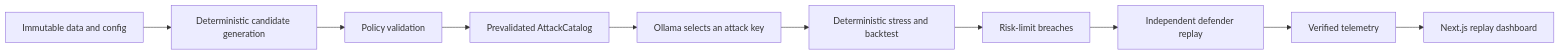
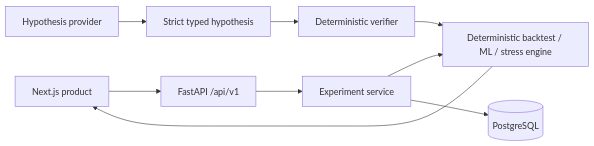
The first of 2 diagrams in README.md (cx07-oss/strategy-redteam-lab), drawn with Mermaid before and after one commit. The commit also changed other lines of this file and 44 other files, not shown here.

````diff
--- a/README.md
+++ b/README.md
@@ -23,12 +26,11 @@
 ```mermaid
 flowchart LR
-  A[Immutable data and config] --> B[Deterministic candidate generation]
-  B --> C[Policy validation]
-  C --> D[Prevalidated AttackCatalog]
-  D --> E[Ollama selects an attack key]
-  E --> F[Deterministic stress and backtest]
-  F --> G[Risk-limit breaches]
-  G --> H[Independent defender replay]
-  H --> I[Verified telemetry]
-  I --> J[Next.js replay dashboard]
+  UI[Next.js product] --> API[FastAPI /api/v1]
+  API --> S[Experiment service]
+  S --> E[Deterministic backtest / ML / stress engine]
+  S --> DB[(PostgreSQL)]
+  AI[Hypothesis provider] --> H[Strict typed hypothesis]
+  H --> V[Deterministic verifier]
+  V --> E
+  E --> UI
 ```
````
